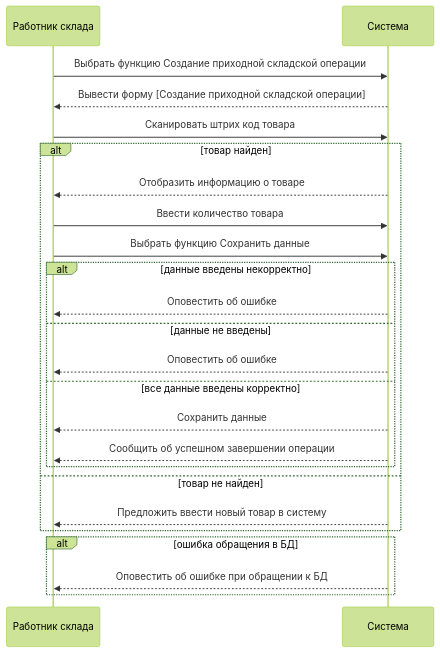
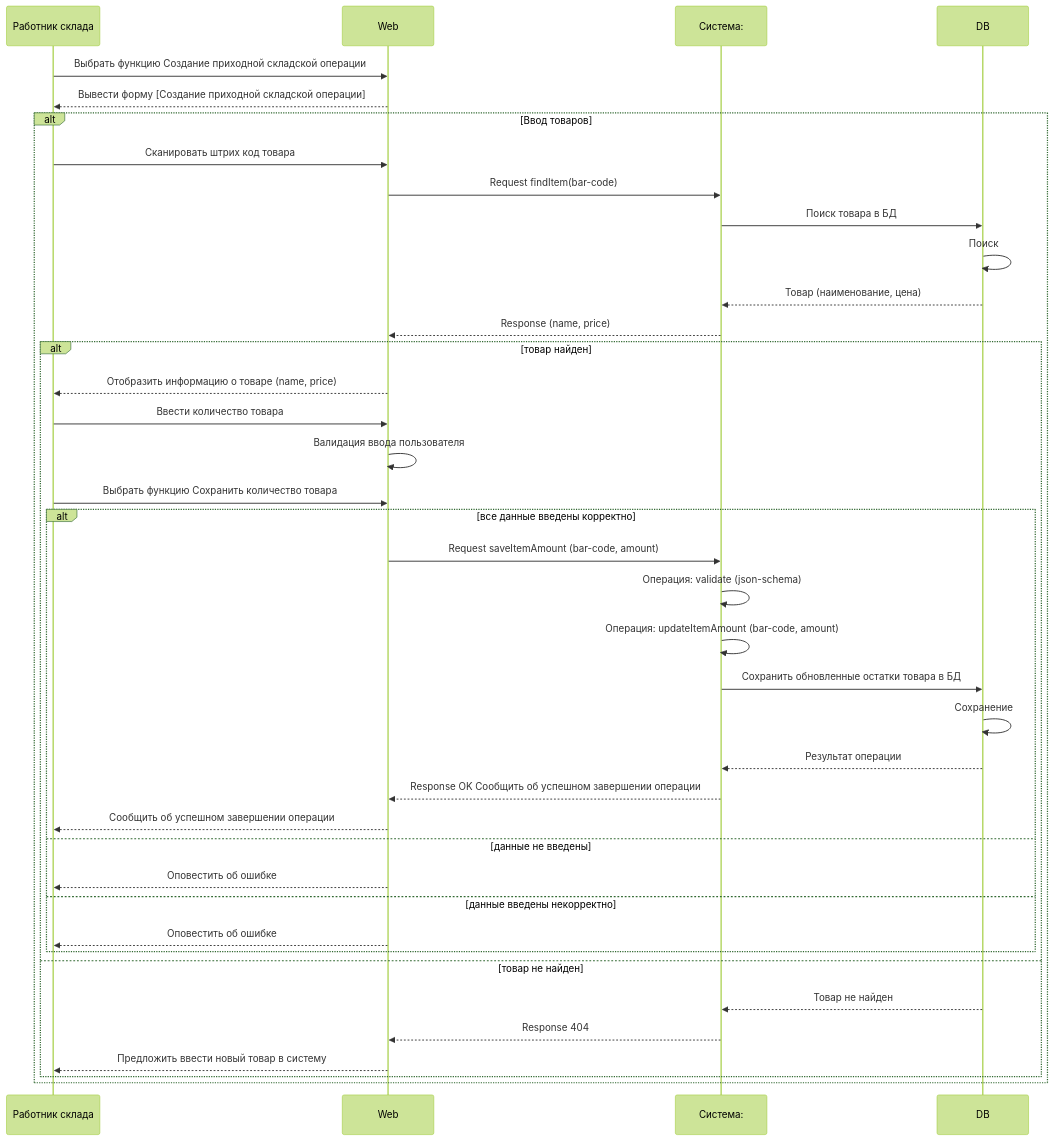
Before and after one commit to PortnovAlex80/node_js_pro: the sixth of 9 diagrams in README.md, drawn with Mermaid (forest theme). The commit also changed other lines of this file, not shown here.

````diff
--- a/README.md
+++ b/README.md
@@ -684,26 +694,44 @@
 ```mermaid
 sequenceDiagram
 participant R as Работник склада
-participant S as Система
-R ->> S: Выбрать функцию Создание приходной складской операции
-S -->> R: Вывести форму [Создание приходной складской операции]
-R ->> S: Сканировать штрих код товара
-alt товар найден
-    S -->> R: Отобразить информацию о товаре
-    R ->> S: Ввести количество товара
-    R ->> S: Выбрать функцию Сохранить данные
-    alt данные введены некорректно
-        S -->> R: Оповестить об ошибке
+participant W as Web
+participant S as Система:
+participant D as DB
+
+R ->> W: Выбрать функцию Создание приходной складской операции
+W -->> R: Вывести форму [Создание приходной складской операции]
+
+alt Ввод товаров
+R ->> W: Сканировать штрих код товара
+W ->> S: Request findItem(bar-code)
+S ->> D: Поиск товара в БД
+D ->> D: Поиск
+D -->> S: Товар (наименование, цена)
+S -->> W: Response (name, price)
+
+ alt товар найден
+	W -->> R: Отобразить информацию о товаре (name, price)
+    R ->> W: Ввести количество товара
+	W ->> W: Валидация ввода пользователя
+    R ->> W: Выбрать функцию Сохранить количество товара
+    alt все данные введены корректно  
+        W ->> S: Request saveItemAmount (bar-code, amount)
+		S ->> S: Операция: validate (json-schema)
+        S ->> S: Операция: updateItemAmount (bar-code, amount)
+        S ->> D: Сохранить обновленные остатки товара в БД
+			D ->> D: Сохранение
+			D -->> S: Результат операции
+		S -->> W: Response OK Сообщить об успешном завершении операции
+        W -->> R: Сообщить об успешном завершении операции
     else данные не введены
-        S -->> R: Оповестить об ошибке
-    else все данные введены корректно
-        S -->> R: Сохранить данные
-        S -->> R: Сообщить об успешном завершении операции
+        W -->> R: Оповестить об ошибке
+    else данные введены некорректно
+        W -->> R: Оповестить об ошибке
     end
 else товар не найден
-    S -->> R: Предложить ввести новый товар в систему
+	D -->> S: Товар не найден
+	S -->> W: Response 404
+    W -->> R: Предложить ввести новый товар в систему
 end
-alt ошибка обращения в БД
-    S -->> R: Оповестить об ошибке при обращении к БД
 end
 ```
````
